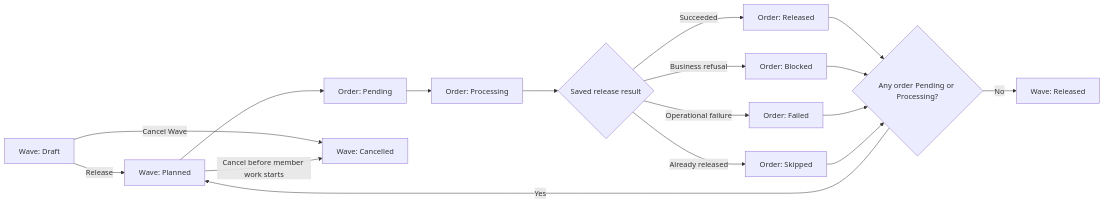
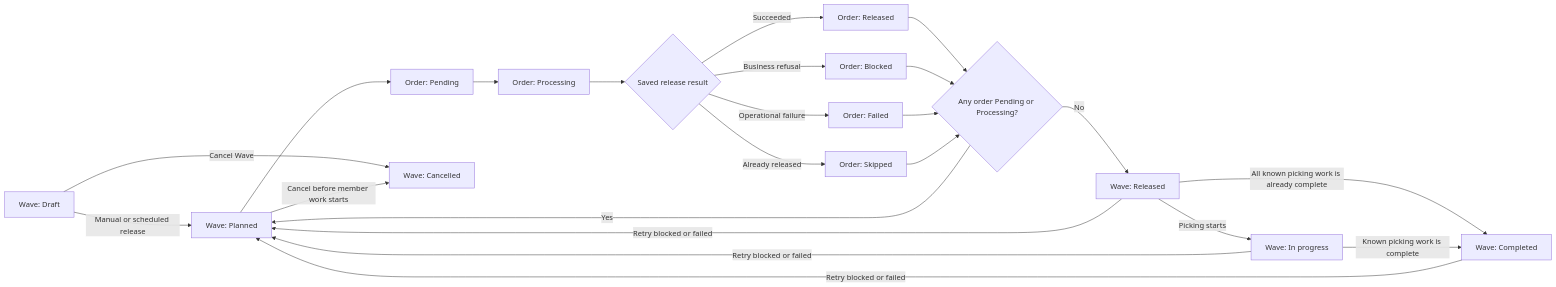
The first of 3 diagrams in docs-obsidian/user-guide/admin/06-outbound-setup.md (msmurygin/quark-docs), drawn with Mermaid before and after one commit. The commit also changed other lines of this file and 2 other files, not shown here.

Commit message:
docs: update manual wave screen guide

````diff
--- a/docs-obsidian/user-guide/admin/06-outbound-setup.md
+++ b/docs-obsidian/user-guide/admin/06-outbound-setup.md
@@ -267,19 +262,25 @@
 ```mermaid
 flowchart LR
-    A[Wave: Draft] -->|Release| B[Wave: Planned]
+    A[Wave: Draft] -->|Manual or scheduled release| B[Wave: Planned]
     B --> C[Order: Pending]
     C --> D[Order: Processing]
     D --> E{Saved release result}
     E -->|Succeeded| F[Order: Released]
     E -->|Business refusal| G[Order: Blocked]
     E -->|Operational failure| H[Order: Failed]
     E -->|Already released| I[Order: Skipped]
     F --> J{Any order Pending or Processing?}
     G --> J
     H --> J
     I --> J
     J -->|Yes| B
     J -->|No| K[Wave: Released]
+    K -->|Retry blocked or failed| B
+    L[Wave: In progress] -->|Retry blocked or failed| B
+    N[Wave: Completed] -->|Retry blocked or failed| B
+    K -->|Picking starts| L
+    K -->|All known picking work is already complete| N
+    L -->|Known picking work is complete| N
     A -->|Cancel Wave| M[Wave: Cancelled]
     B -->|Cancel before member work starts| M
 ```
````
